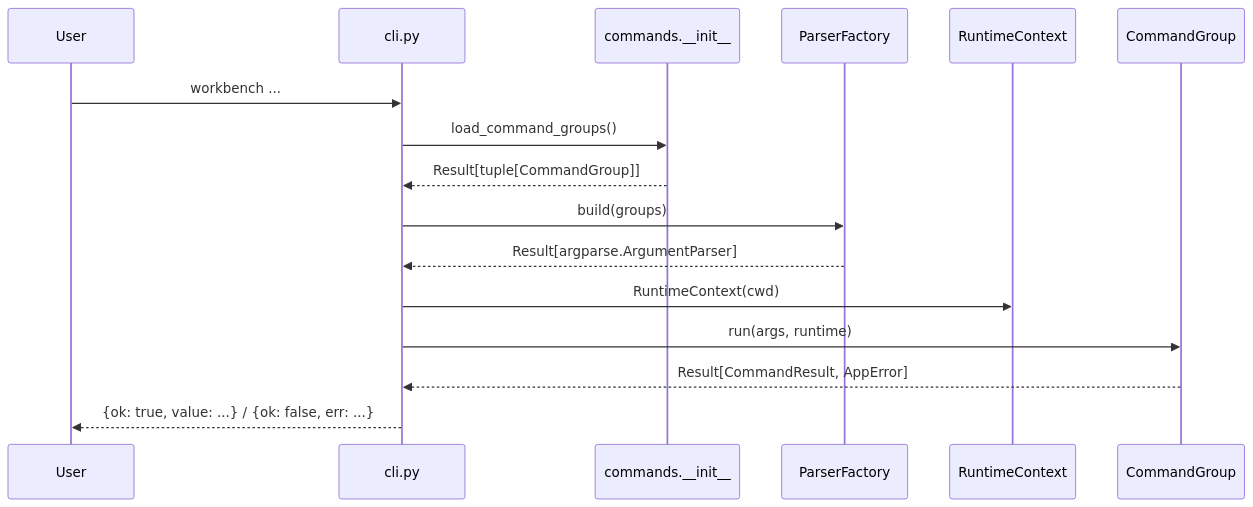
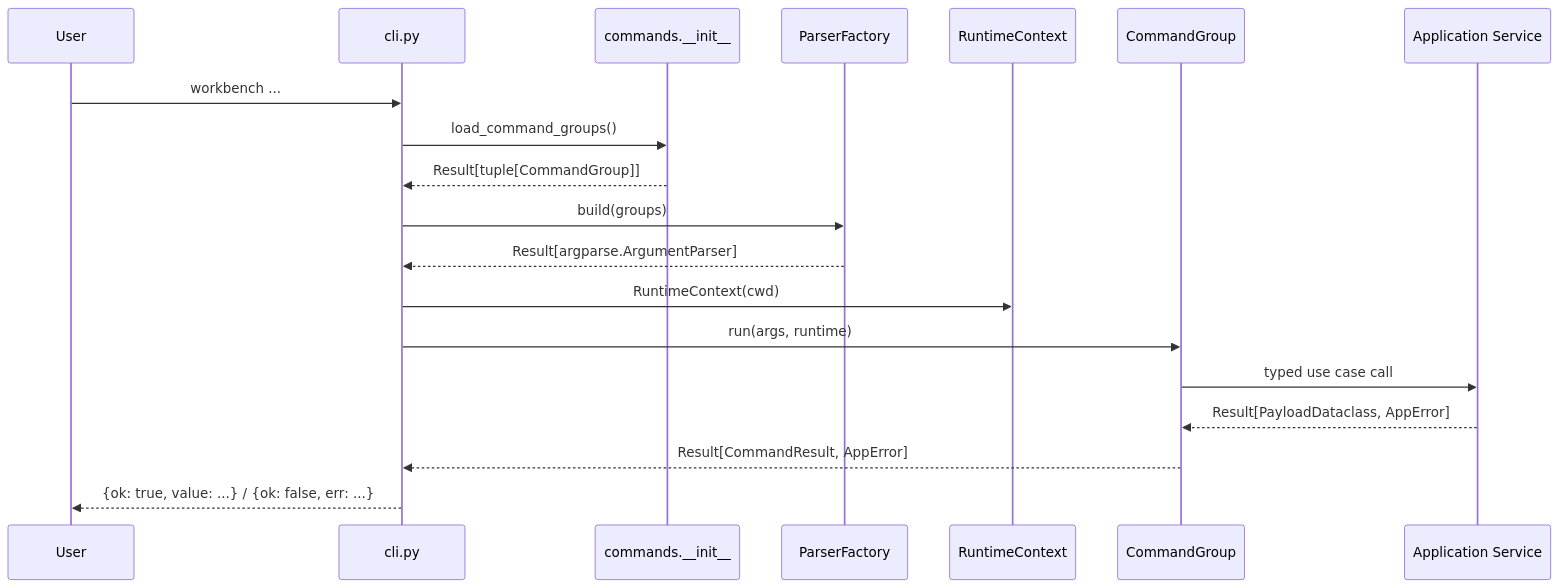
One commit to nyml2003/work-context changed the second of 9 diagrams in docs/architecture.md. Above: the diagram before and after it, drawn with Mermaid. The commit also changed other lines of this file and 34 other files, not shown here.

````diff
--- a/docs/architecture.md
+++ b/docs/architecture.md
@@ -190,19 +217,22 @@
 ```mermaid
 sequenceDiagram
     participant User
     participant CLI as cli.py
     participant Loader as commands.__init__
     participant Factory as ParserFactory
     participant Runtime as RuntimeContext
     participant Group as CommandGroup
+    participant Service as Application Service
 
     User->>CLI: workbench ...
     CLI->>Loader: load_command_groups()
     Loader-->>CLI: Result[tuple[CommandGroup]]
     CLI->>Factory: build(groups)
     Factory-->>CLI: Result[argparse.ArgumentParser]
     CLI->>Runtime: RuntimeContext(cwd)
     CLI->>Group: run(args, runtime)
+    Group->>Service: typed use case call
+    Service-->>Group: Result[PayloadDataclass, AppError]
     Group-->>CLI: Result[CommandResult, AppError]
     CLI-->>User: {ok: true, value: ...} / {ok: false, err: ...}
 ```
````
